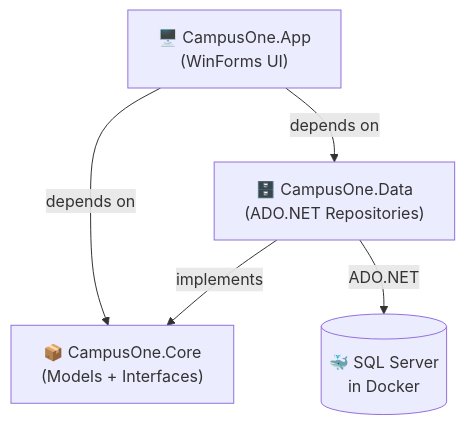
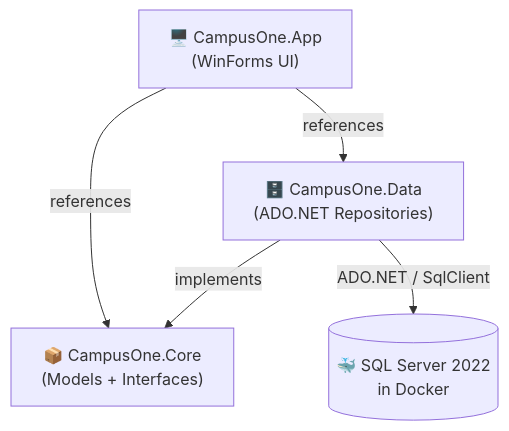
One commit to DimathJayasinghe/campus-one-digital-academy changed the first of 3 diagrams in docs/ARCHITECTURE.md. Above: the diagram before and after it, drawn with Mermaid. The commit also changed other lines of this file and 14 other files, not shown here.

````diff
--- a/docs/ARCHITECTURE.md
+++ b/docs/ARCHITECTURE.md
@@ -48,12 +59,12 @@
 ```mermaid
 flowchart TD
     UI["🖥️ CampusOne.App\n(WinForms UI)"]
     CORE["📦 CampusOne.Core\n(Models + Interfaces)"]
     DATA["🗄️ CampusOne.Data\n(ADO.NET Repositories)"]
-    DB[("🐳 SQL Server\nin Docker")]
+    DB[("🐳 SQL Server 2022\nin Docker")]
 
-    UI -->|"depends on"| CORE
-    UI -->|"depends on"| DATA
+    UI -->|"references"| CORE
+    UI -->|"references"| DATA
     DATA -->|"implements"| CORE
-    DATA -->|"ADO.NET"| DB
+    DATA -->|"ADO.NET / SqlClient"| DB
 ```
````
